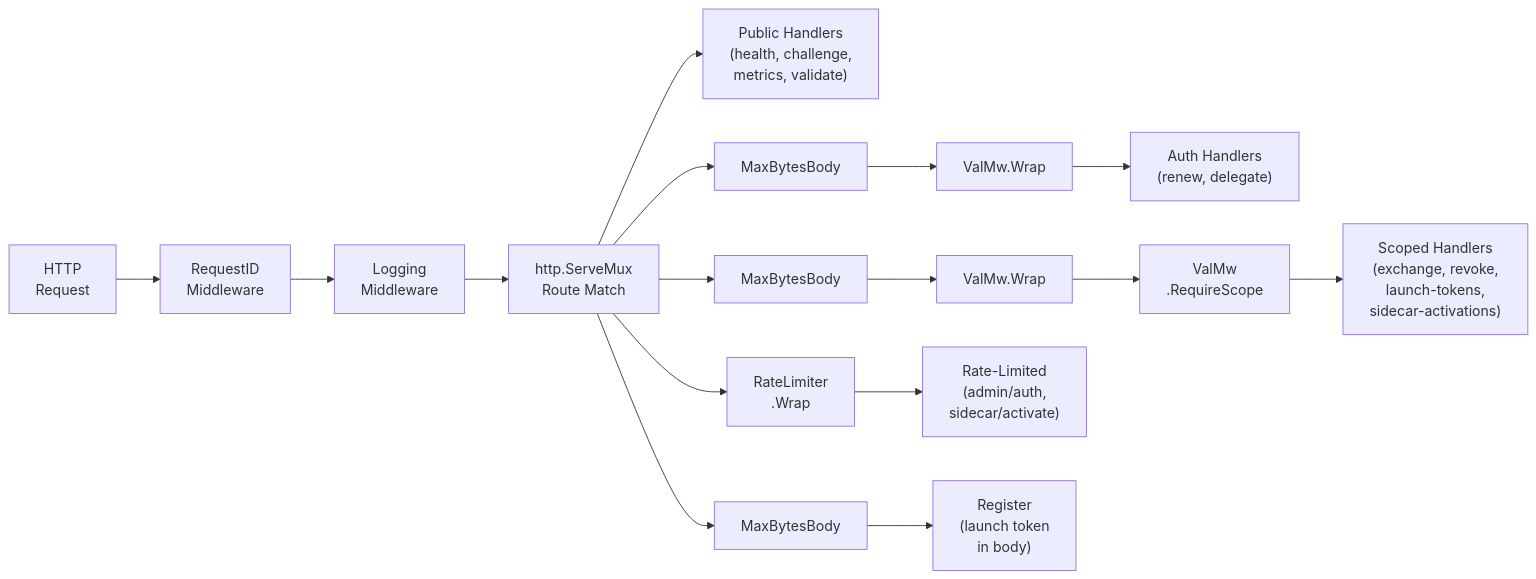
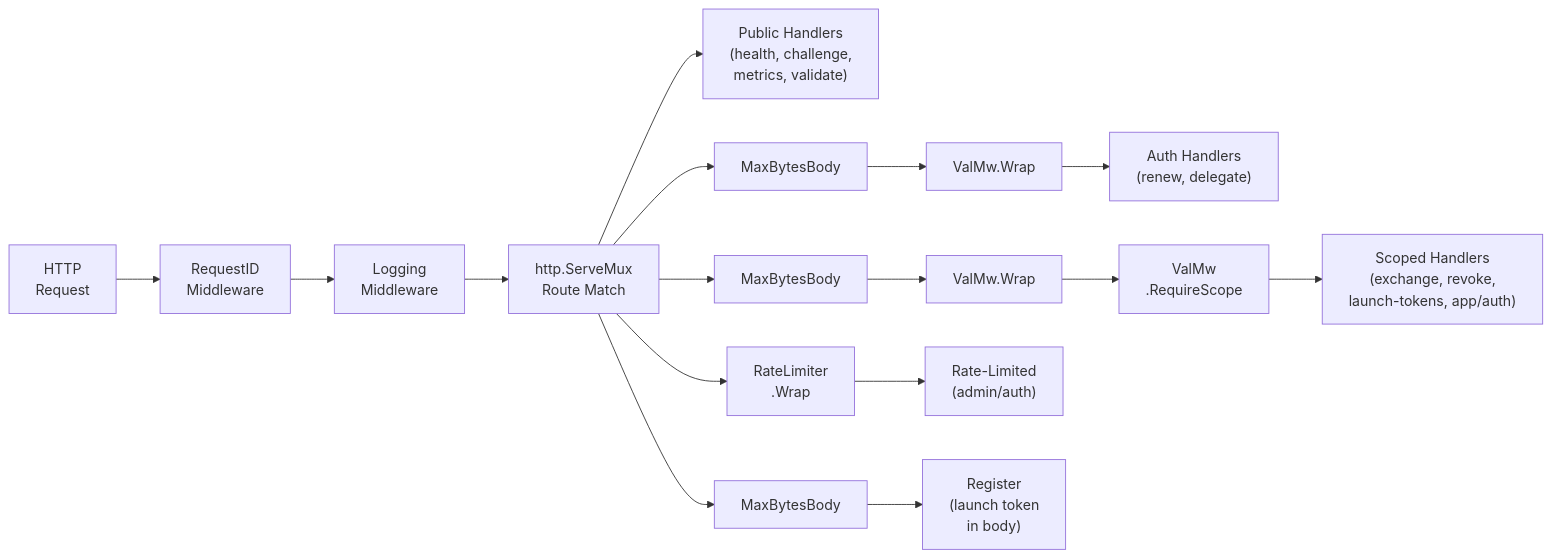
One commit to devonartis/agentwrit changed the seventh of 7 diagrams in docs/architecture.md. Above: the diagram before and after it, drawn with Mermaid. The commit also changed other lines of this file and 21 other files, not shown here.

````diff
--- a/docs/architecture.md
+++ b/docs/architecture.md
@@ -456,16 +356,16 @@
 ```mermaid
 flowchart LR
     REQ["HTTP\nRequest"] --> RID["RequestID\nMiddleware"]
     RID --> LOG["Logging\nMiddleware"]
     LOG --> MUX["http.ServeMux\nRoute Match"]
 
     MUX --> PUB["Public Handlers\n(health, challenge,\nmetrics, validate)"]
 
     MUX --> MB1["MaxBytesBody"] --> AUTH_ONLY["ValMw.Wrap"] --> AUTH_H["Auth Handlers\n(renew, delegate)"]
 
-    MUX --> MB2["MaxBytesBody"] --> SCOPE_W["ValMw.Wrap"] --> SCOPE_C["ValMw\n.RequireScope"] --> ADMIN_H["Scoped Handlers\n(exchange, revoke,\nlaunch-tokens,\nsidecar-activations)"]
+    MUX --> MB2["MaxBytesBody"] --> SCOPE_W["ValMw.Wrap"] --> SCOPE_C["ValMw\n.RequireScope"] --> ADMIN_H["Scoped Handlers\n(exchange, revoke,\nlaunch-tokens, app/auth)"]
 
-    MUX --> RL["RateLimiter\n.Wrap"] --> RL_H["Rate-Limited\n(admin/auth,\nsidecar/activate)"]
+    MUX --> RL["RateLimiter\n.Wrap"] --> RL_H["Rate-Limited\n(admin/auth)"]
 
     MUX --> MB3["MaxBytesBody"] --> REG_H["Register\n(launch token\nin body)"]
 ```
````
